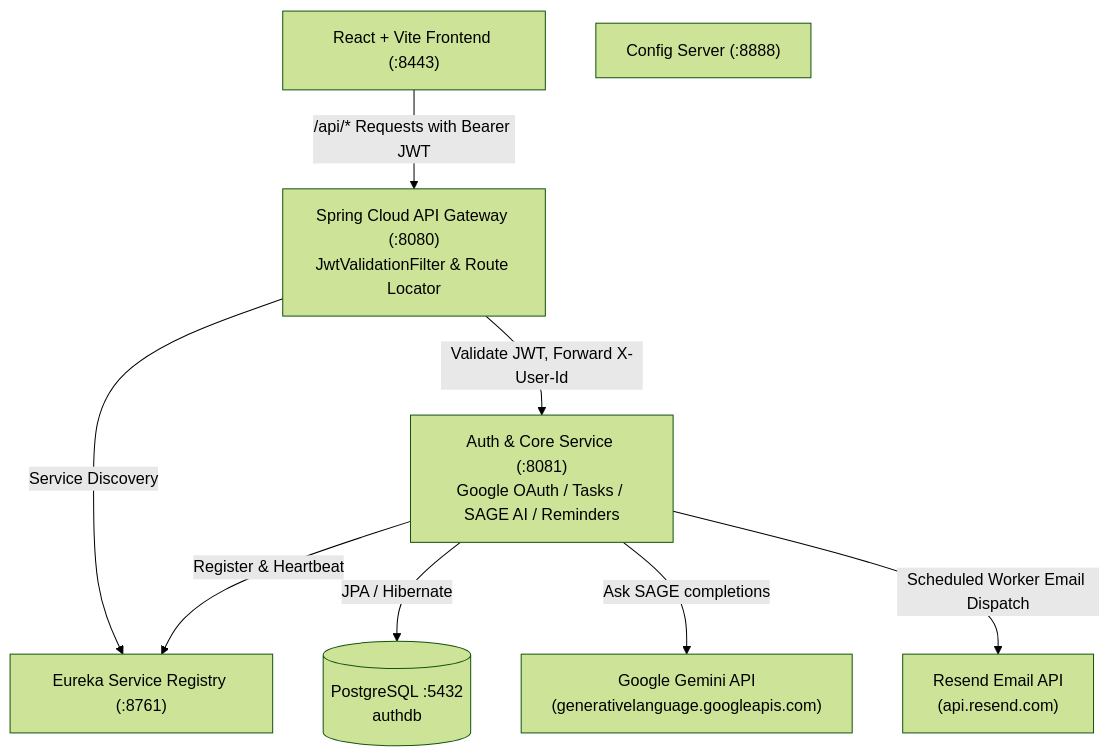
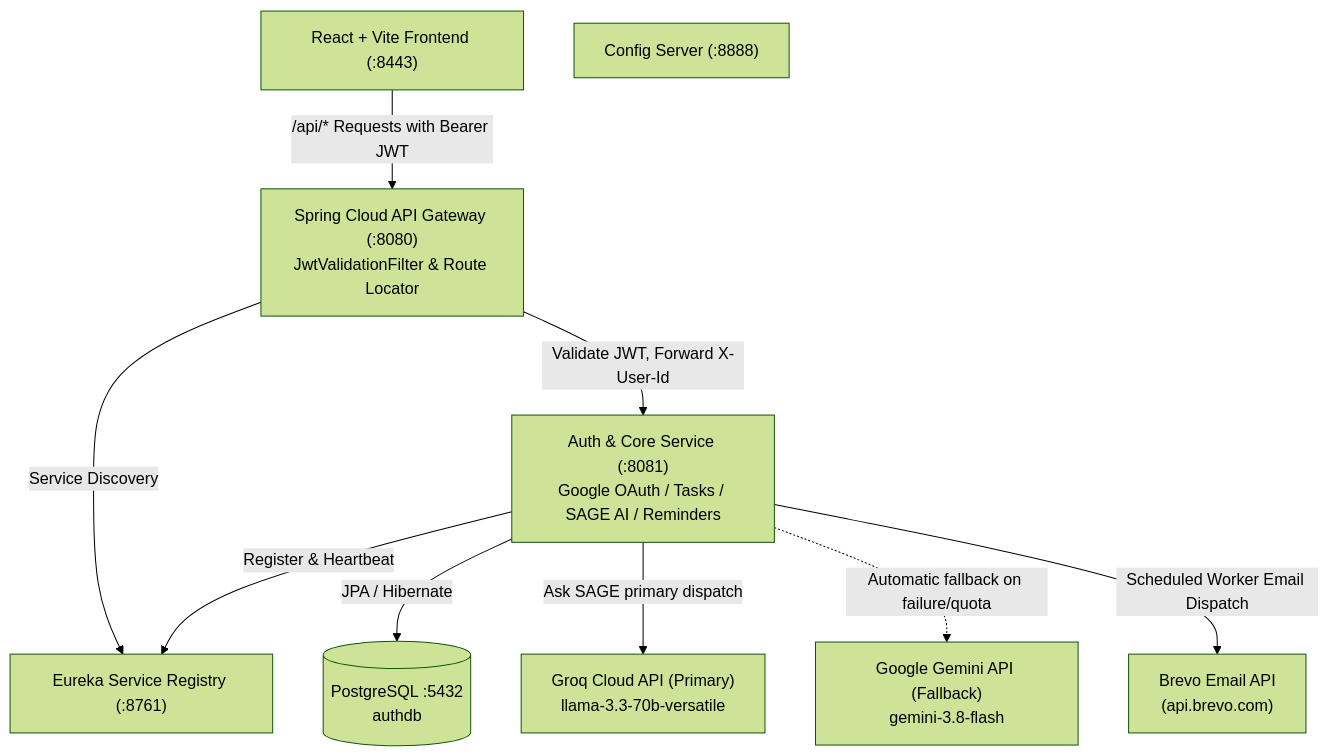
One commit to PokuriLahari/KLH-CSE-2026-team22-SAGE changed the diagram in README.md. Above: the diagram before and after it, drawn with Mermaid (forest theme). The commit also changed other lines of this file and 29 other files, not shown here.

Commit message:
feat: in-app alerts and Brevo transactional email notifications for deadlines, contests, and reminders

````diff
--- a/README.md
+++ b/README.md
@@ -28,19 +28,21 @@
 ```mermaid
 graph TD
     Client["React + Vite Frontend (:8443)"]
     Gateway["Spring Cloud API Gateway (:8080)<br/>JwtValidationFilter & Route Locator"]
     Eureka["Eureka Service Registry (:8761)"]
     Config["Config Server (:8888)"]
     Auth["Auth & Core Service (:8081)<br/>Google OAuth / Tasks / SAGE AI / Reminders"]
     DB[(PostgreSQL :5432<br/>authdb)]
-    Gemini["Google Gemini API<br/>(generativelanguage.googleapis.com)"]
-    Resend["Resend Email API<br/>(api.resend.com)"]
+    Groq["Groq Cloud API (Primary)<br/>llama-3.3-70b-versatile"]
+    Gemini["Google Gemini API (Fallback)<br/>gemini-3.8-flash"]
+    Brevo["Brevo Email API<br/>(api.brevo.com)"]
 
     Client -->|/api/* Requests with Bearer JWT| Gateway
     Gateway -->|Service Discovery| Eureka
     Auth -->|Register & Heartbeat| Eureka
     Gateway -->|Validate JWT, Forward X-User-Id| Auth
     Auth -->|JPA / Hibernate| DB
-    Auth -->|Ask SAGE completions| Gemini
-    Auth -->|Scheduled Worker Email Dispatch| Resend
+    Auth -->|Ask SAGE primary dispatch| Groq
+    Auth -.->|Automatic fallback on failure/quota| Gemini
+    Auth -->|Scheduled Worker Email Dispatch| Brevo
 ```
````
